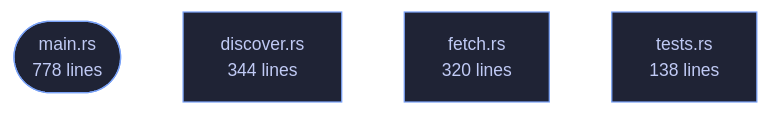
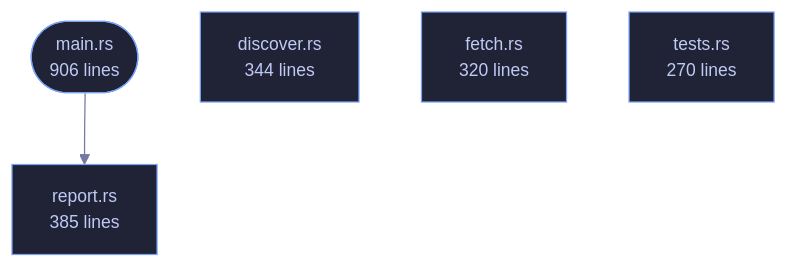
One commit to tilas01/veilvoice changed the diagram in crates/veilvoice-verify/README.md. Above: the diagram before and after it, drawn with Mermaid. The commit also changed other lines of this file and 26 other files, not shown here.

````diff
--- a/crates/veilvoice-verify/README.md
+++ b/crates/veilvoice-verify/README.md
@@ -93,12 +93,15 @@
 ```mermaid
 %%{init: {"theme":"base","themeVariables":{"background":"#1a1b26","primaryColor":"#1f2335","primaryTextColor":"#c0caf5","primaryBorderColor":"#7aa2f7","secondaryColor":"#16161e","tertiaryColor":"#16161e","lineColor":"#737aa2","textColor":"#c0caf5","mainBkg":"#1f2335","nodeBorder":"#7aa2f7","clusterBkg":"#16161e","clusterBorder":"#2f3549","fontFamily":"ui-monospace, SFMono-Regular, Consolas, monospace","fontSize":"14px"}}}%%
 flowchart TD
-    n_main(["main.rs<br/>778 lines"])
+    n_main(["main.rs<br/>906 lines"])
     n_discover["discover.rs<br/>344 lines"]
     n_fetch["fetch.rs<br/>320 lines"]
-    n_tests["tests.rs<br/>138 lines"]
+    n_report["report.rs<br/>385 lines"]
+    n_tests["tests.rs<br/>270 lines"]
+    n_main --> n_report
     click n_main href "https://github.com/tilas01/veilvoice/blob/main/crates/veilvoice-verify/src/main.rs" "open the source"
     click n_discover href "https://github.com/tilas01/veilvoice/blob/main/crates/veilvoice-verify/src/discover.rs" "open the source"
     click n_fetch href "https://github.com/tilas01/veilvoice/blob/main/crates/veilvoice-verify/src/fetch.rs" "open the source"
+    click n_report href "https://github.com/tilas01/veilvoice/blob/main/crates/veilvoice-verify/src/report.rs" "open the source"
     click n_tests href "https://github.com/tilas01/veilvoice/blob/main/crates/veilvoice-verify/src/tests.rs" "open the source"
 ```
````
